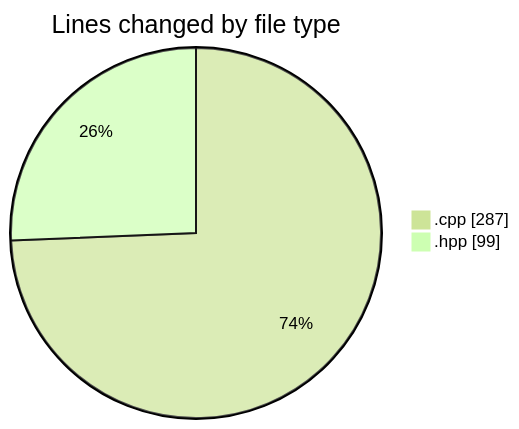
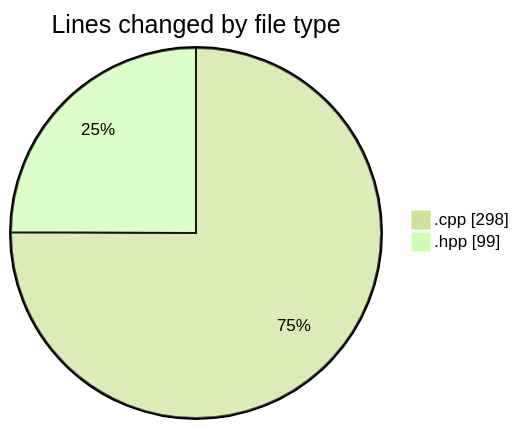
The first of 2 diagrams in 2025-04-24/echo/README.md (Netris89/code-tracking), drawn with Mermaid (forest theme) before and after one commit. The commit also changed other lines of this file and 1 other file, not shown here.

````diff
--- a/2025-04-24/echo/README.md
+++ b/2025-04-24/echo/README.md
@@ -21,6 +21,6 @@
 ```mermaid
 pie showData
 title Lines changed by file type
-".cpp" : 287
+".cpp" : 298
 ".hpp" : 99
 ```
````
